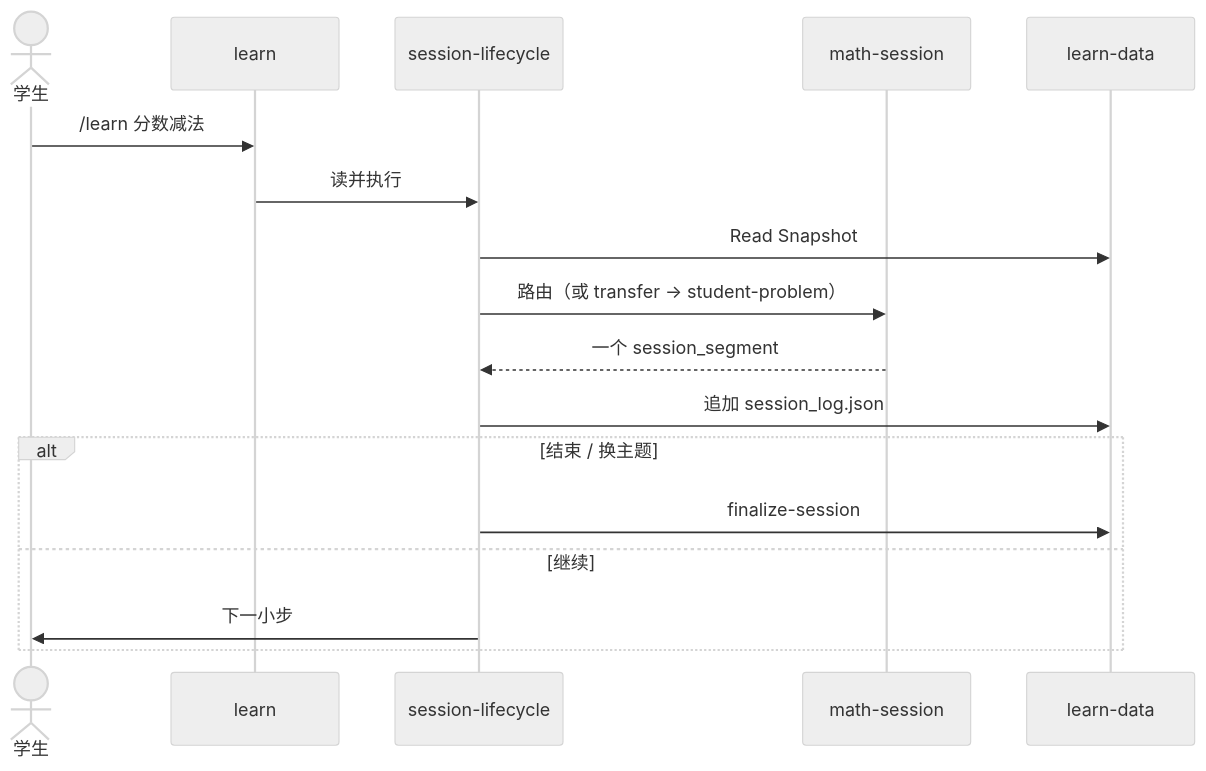
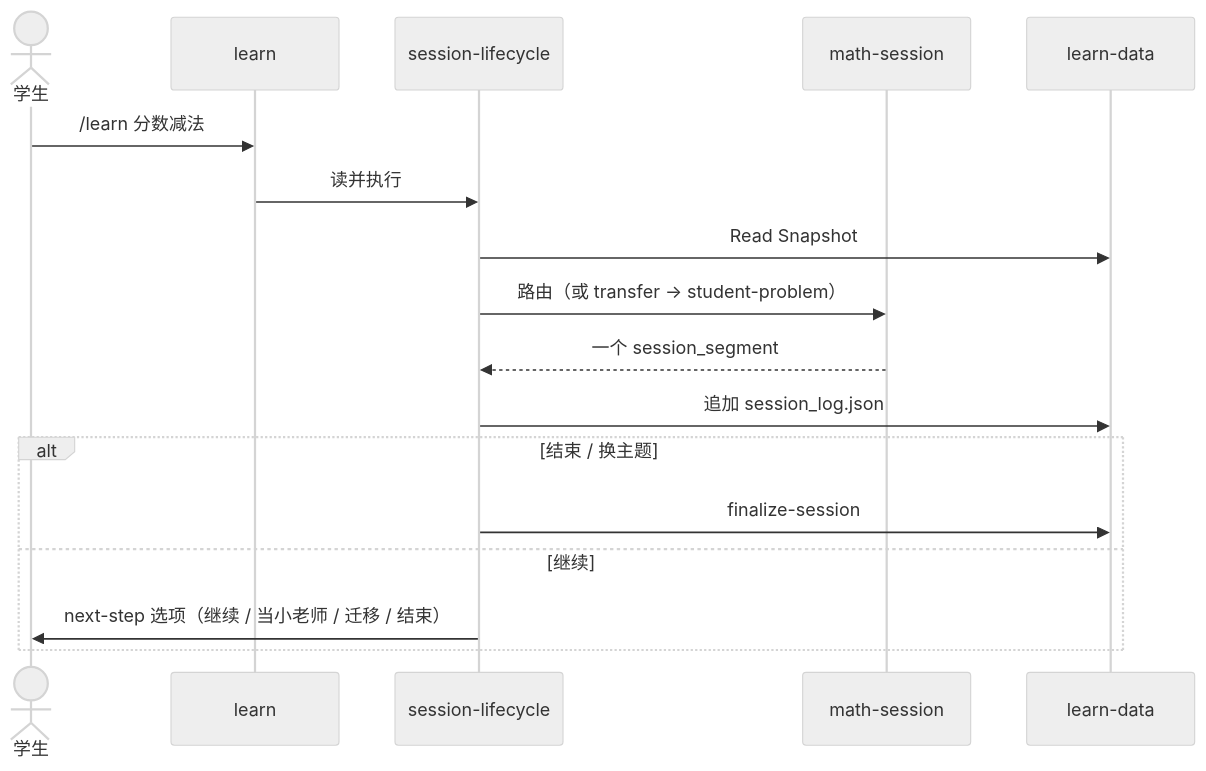
One commit to gengyabc/baicai-edu changed the ninth of 17 diagrams in docs/skills/call-graph.md. Above: the diagram before and after it, drawn with Mermaid (neutral theme). The commit also changed other lines of this file and 19 other files, not shown here.

First line of the commit message:
Split math teaching rules into focused references and sync the call graph.

````diff
--- a/docs/skills/call-graph.md
+++ b/docs/skills/call-graph.md
@@ -221,20 +242,20 @@
 ```mermaid
 sequenceDiagram
   actor S as 学生
   participant Learn as learn
   participant SL as session-lifecycle
   participant MS as math-session
   participant LD as learn-data
 
   S->>Learn: /learn 分数减法
   Learn->>SL: 读并执行
   SL->>LD: Read Snapshot
   SL->>MS: 路由（或 transfer → student-problem）
   MS-->>SL: 一个 session_segment
   SL->>LD: 追加 session_log.json
   alt 结束 / 换主题
     SL->>LD: finalize-session
   else 继续
-    SL->>S: 下一小步
+    SL->>S: next-step 选项（继续 / 当小老师 / 迁移 / 结束）
   end
 ```
````
